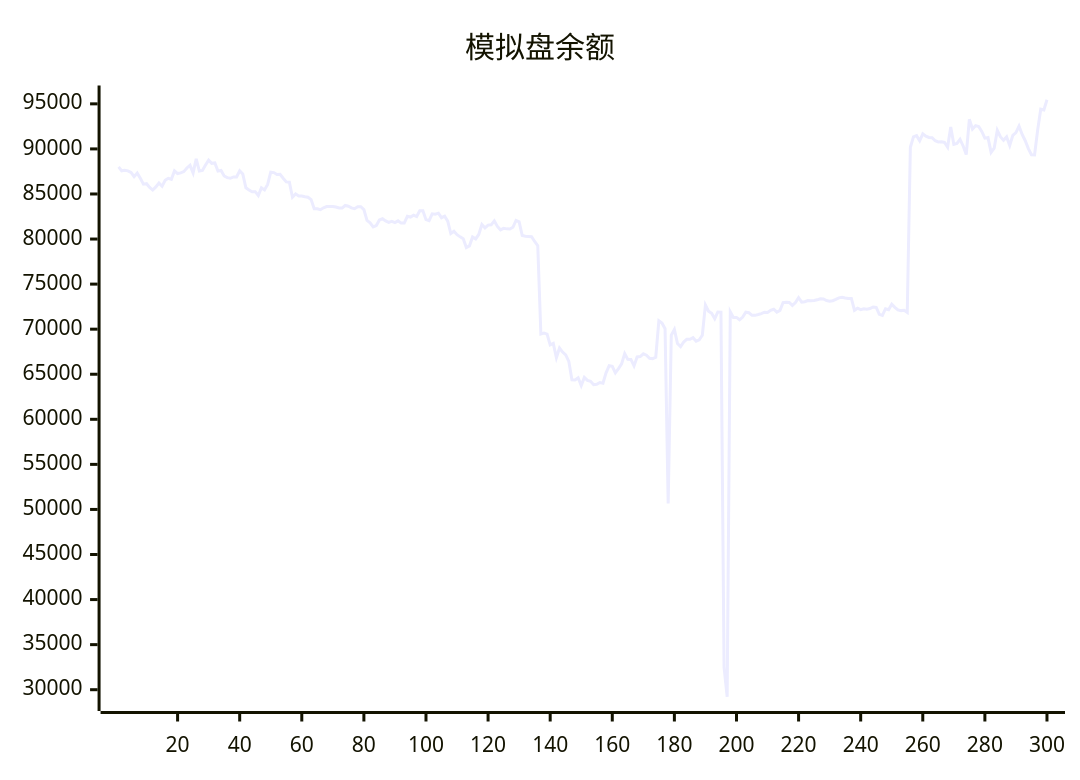
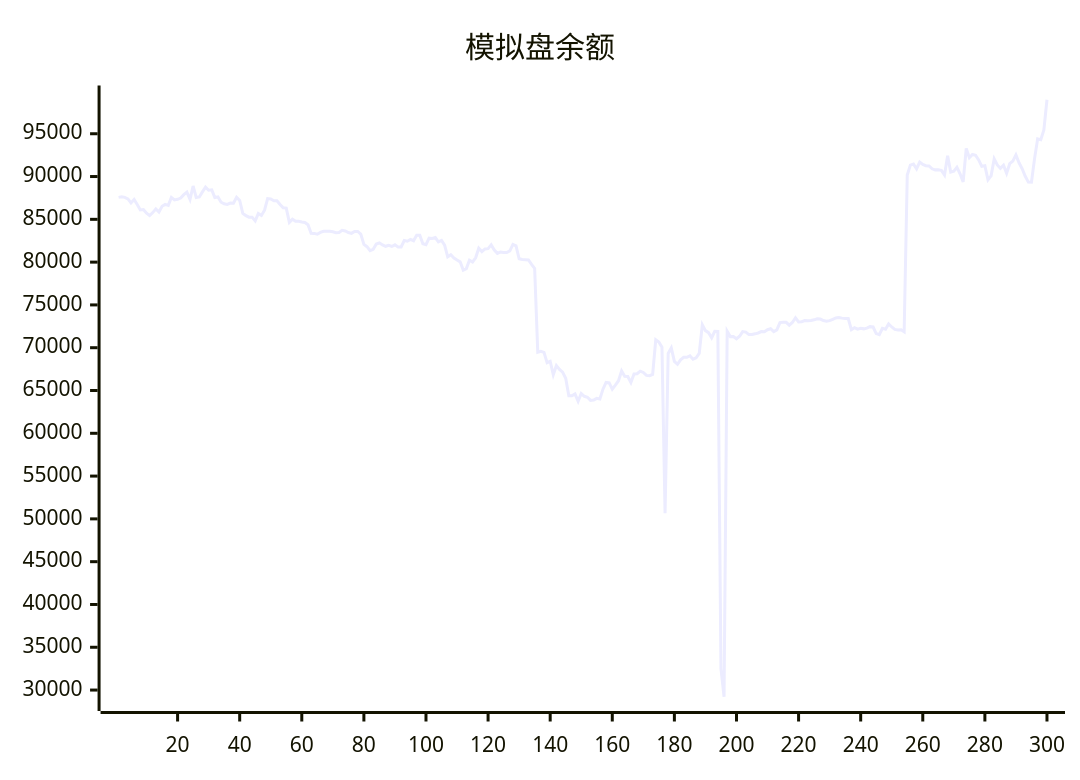
The diagram in README.md (aahl/ai-trading), drawn with Mermaid before and after one commit. The commit also changed other lines of this file and 1 other file, not shown here.

````diff
--- a/README.md
+++ b/README.md
@@ -5,5 +5,5 @@
 ```mermaid
 xychart
     title "模拟盘余额"
-    line [88012,87567,87625,87568,87386,86920,87313,86737,86094,86143,85725,85437,85787,86219,85859,86526,86740,86630,87563,87264,87335,87483,87886,88180,87335,88894,87544,87608,88207,88755,88401,88444,87543,87608,87000,86810,86740,86894,86884,87576,87209,85686,85435,85251,85255,84820,85689,85453,86066,87420,87373,87161,87178,86740,86341,86315,84643,85012,84772,84768,84690,84635,84376,83360,83357,83259,83474,83608,83606,83602,83548,83440,83454,83724,83644,83464,83365,83590,83592,83275,82072,81806,81344,81492,82109,82254,82006,81848,81955,81829,82022,81769,81776,82522,82441,82656,82498,83144,83144,82150,82038,82797,82763,82872,82367,82536,81981,80612,80862,80484,80242,80034,79063,79245,80226,80016,80507,81625,81233,81544,81578,82016,81401,81019,81186,81130,81118,81306,82066,81909,80392,80304,80291,80258,79729,79261,69466,69579,69456,68251,68415,66832,67911,67462,67144,66432,64380,64375,64606,63740,64647,64324,64216,63842,63877,64078,64008,65156,65945,65888,65157,65625,66144,67284,66653,66639,65924,66925,66956,67263,67108,66766,66729,66886,70927,70673,70049,50652,69334,69973,68400,68061,68578,68876,68879,69055,68662,68822,69329,72687,71999,71760,71162,71911,71896,32500,29218,71927,71297,71305,71044,71337,71883,71822,71536,71536,71622,71723,71880,71860,72100,72216,71887,72077,72940,72976,72966,72638,72948,73497,73004,73041,73173,73160,73186,73258,73375,73351,73173,73098,73161,73305,73474,73536,73457,73413,73412,72100,72333,72164,72272,72204,72285,72461,72421,71652,71521,72267,72157,72774,72424,72144,72060,72091,71858,90185,91338,91466,90900,91678,91404,91268,91244,90903,90779,90787,90721,90187,92429,90518,90619,91070,90328,89376,93286,92202,92581,92485,91947,91196,91259,89619,90086,92063,91355,90950,91327,90373,91498,91800,92531,91603,90910,90031,89351,89334,92097,94406,94315,95455]
+    line [87567,87625,87568,87386,86920,87313,86737,86094,86143,85725,85437,85787,86219,85859,86526,86740,86630,87563,87264,87335,87483,87886,88180,87335,88894,87544,87608,88207,88755,88401,88444,87543,87608,87000,86810,86740,86894,86884,87576,87209,85686,85435,85251,85255,84820,85689,85453,86066,87420,87373,87161,87178,86740,86341,86315,84643,85012,84772,84768,84690,84635,84376,83360,83357,83259,83474,83608,83606,83602,83548,83440,83454,83724,83644,83464,83365,83590,83592,83275,82072,81806,81344,81492,82109,82254,82006,81848,81955,81829,82022,81769,81776,82522,82441,82656,82498,83144,83144,82150,82038,82797,82763,82872,82367,82536,81981,80612,80862,80484,80242,80034,79063,79245,80226,80016,80507,81625,81233,81544,81578,82016,81401,81019,81186,81130,81118,81306,82066,81909,80392,80304,80291,80258,79729,79261,69466,69579,69456,68251,68415,66832,67911,67462,67144,66432,64380,64375,64606,63740,64647,64324,64216,63842,63877,64078,64008,65156,65945,65888,65157,65625,66144,67284,66653,66639,65924,66925,66956,67263,67108,66766,66729,66886,70927,70673,70049,50652,69334,69973,68400,68061,68578,68876,68879,69055,68662,68822,69329,72687,71999,71760,71162,71911,71896,32500,29218,71927,71297,71305,71044,71337,71883,71822,71536,71536,71622,71723,71880,71860,72100,72216,71887,72077,72940,72976,72966,72638,72948,73497,73004,73041,73173,73160,73186,73258,73375,73351,73173,73098,73161,73305,73474,73536,73457,73413,73412,72100,72333,72164,72272,72204,72285,72461,72421,71652,71521,72267,72157,72774,72424,72144,72060,72091,71858,90185,91338,91466,90900,91678,91404,91268,91244,90903,90779,90787,90721,90187,92429,90518,90619,91070,90328,89376,93286,92202,92581,92485,91947,91196,91259,89619,90086,92063,91355,90950,91327,90373,91498,91800,92531,91603,90910,90031,89351,89334,92097,94406,94315,95455,98972]
 ```
````
